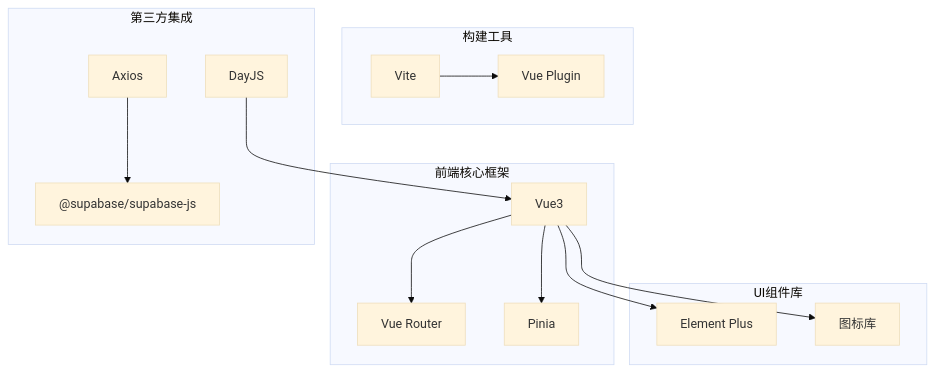
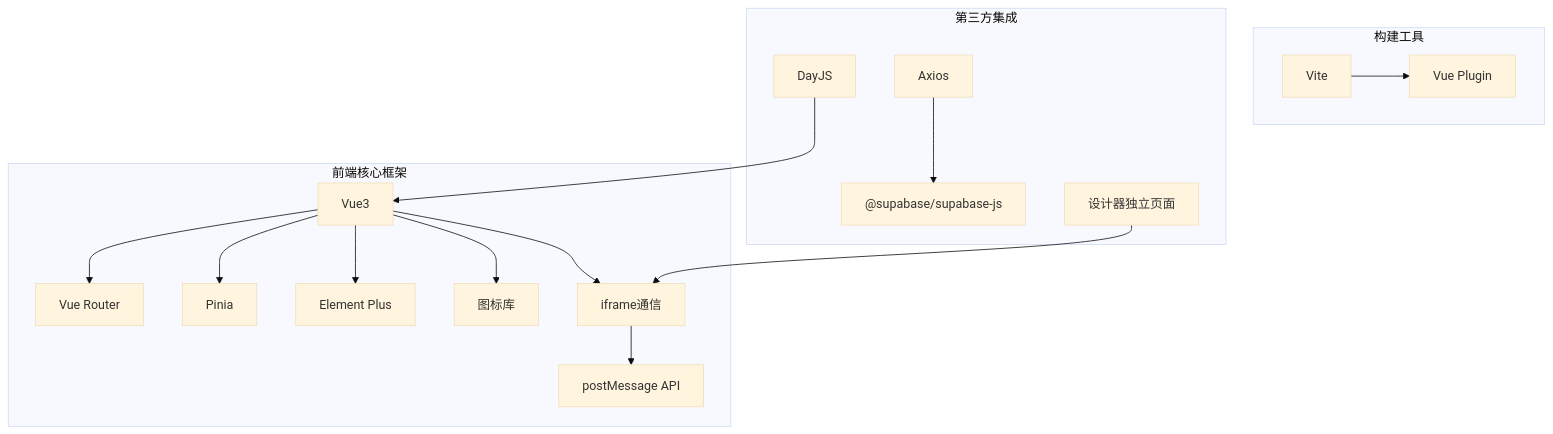
One commit to SY6621/POD-Order-Management changed diagram 11 of 16 in .qoder/repowiki/zh/content/项目概述.md. Above: the diagram before and after it, drawn with Mermaid (base theme). The commit also changed other lines of this file and 15 other files, not shown here.

````diff
--- a/.qoder/repowiki/zh/content/项目概述.md
+++ b/.qoder/repowiki/zh/content/项目概述.md
@@ -343,28 +529,32 @@
 ```mermaid
 graph TB
 subgraph "前端核心框架"
 Vue3["Vue3"]
 VueRouter["Vue Router"]
 Pinia["Pinia"]
-end
-subgraph "UI组件库"
 ElementPlus["Element Plus"]
 Icons["图标库"]
+Iframe["iframe通信"]
+postMessage["postMessage API"]
 end
 subgraph "构建工具"
 Vite["Vite"]
 VuePlugin["Vue Plugin"]
 end
 subgraph "第三方集成"
 Axios["Axios"]
 DayJS["DayJS"]
 SupabaseJS["@supabase/supabase-js"]
+DesignStandalone["设计器独立页面"]
 end
 Vue3 --> VueRouter
 Vue3 --> Pinia
 Vue3 --> ElementPlus
 Vue3 --> Icons
+Vue3 --> Iframe
+Iframe --> postMessage
 Vite --> VuePlugin
 Axios --> SupabaseJS
 DayJS --> Vue3
+DesignStandalone --> Iframe
 ```
````
